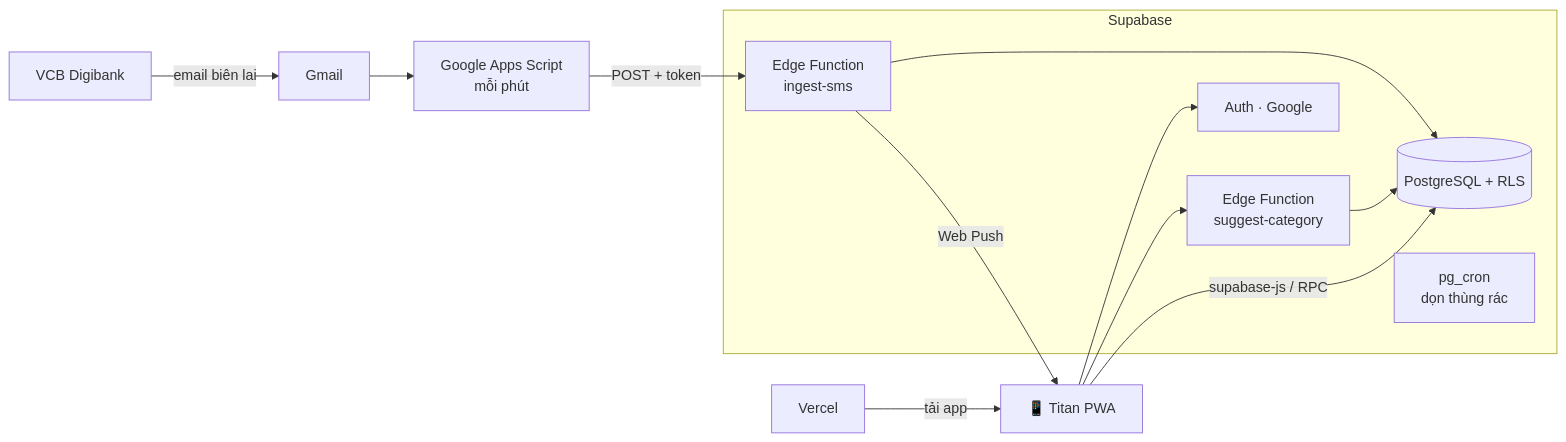
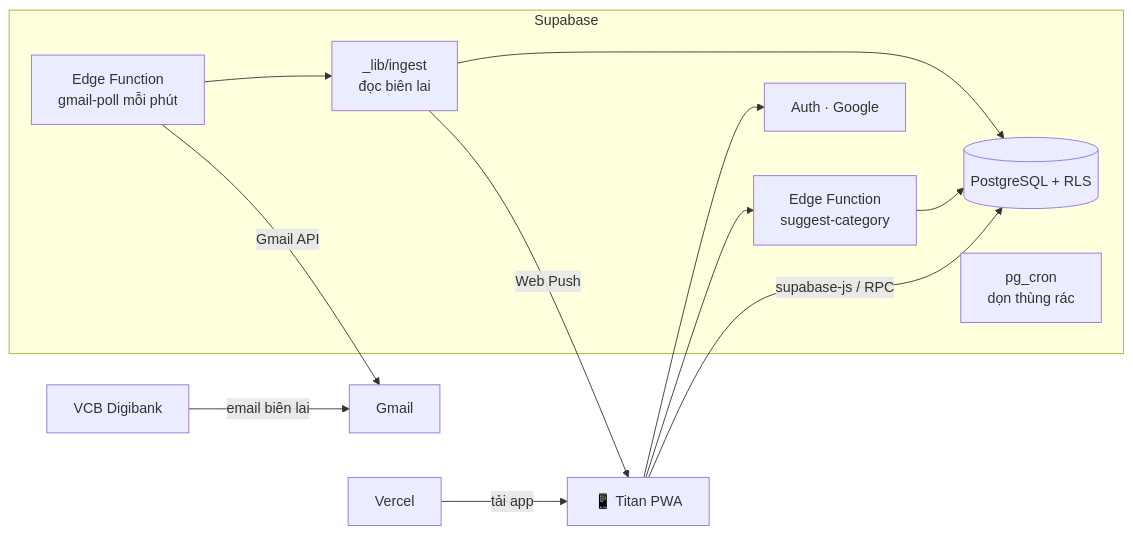
The diagram in README.md (DiTan1606/Titan), drawn with Mermaid before and after one commit. The commit also changed other lines of this file and 13 other files, not shown here.

````diff
--- a/README.md
+++ b/README.md
@@ -21,17 +21,17 @@
 ```mermaid
 flowchart LR
     VCB[VCB Digibank] -- email biên lai --> GM[Gmail]
-    GM --> GAS[Google Apps Script<br/>mỗi phút]
-    GAS -- "POST + token" --> ING[Edge Function<br/>ingest-sms]
+    POLL[Edge Function<br/>gmail-poll mỗi phút] -- Gmail API --> GM
     subgraph Supabase
+      POLL --> ING[_lib/ingest<br/>đọc biên lai]
       ING --> DB[(PostgreSQL + RLS)]
       SUG[Edge Function<br/>suggest-category] --> DB
       AUTH[Auth · Google]
       CRON[pg_cron<br/>dọn thùng rác]
     end
     ING -- Web Push --> PH[📱 Titan PWA]
     PH -- supabase-js / RPC --> DB
     PH --> SUG
     PH --> AUTH
     WEB[Vercel] -- tải app --> PH
 ```
````
